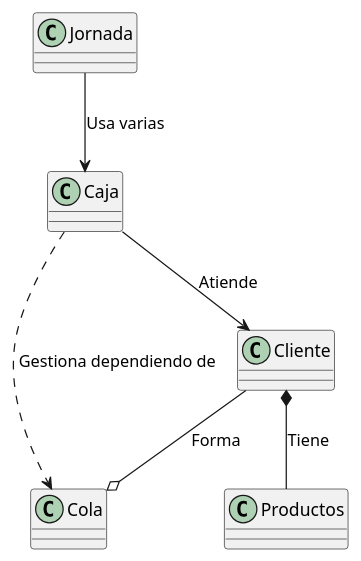
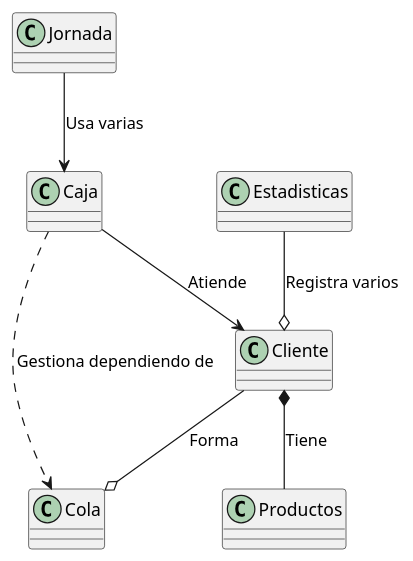
One commit to mmasias/24-25-IdSw2-SDD changed the diagram in modelosUML y svg/UML/diagramaClases.puml. Above: the diagram before and after it, drawn with PlantUML. The commit also changed 1 other file, not shown here.

Commit message:
implementacion de estadisticas en el diagrama v1

```diff
--- a/modelosUML y svg/UML/diagramaClases.puml
+++ b/modelosUML y svg/UML/diagramaClases.puml
@@ -1,21 +1,24 @@
 @startuml
 
 class Jornada {
 }
 class Caja {
 }
 class Cola {
 }
 class Cliente {
 }
 class Productos {
 }
+class Estadisticas {
+}
 
 
 Jornada --> Caja : "Usa varias"
 Caja --> Cliente : "Atiende"
 Cliente *-- Productos : "Tiene"
 Cliente --o Cola : "Forma"
 Caja ..> Cola : "Gestiona dependiendo de"
+Estadisticas --o Cliente : "Registra varios"
 
 @enduml
```
